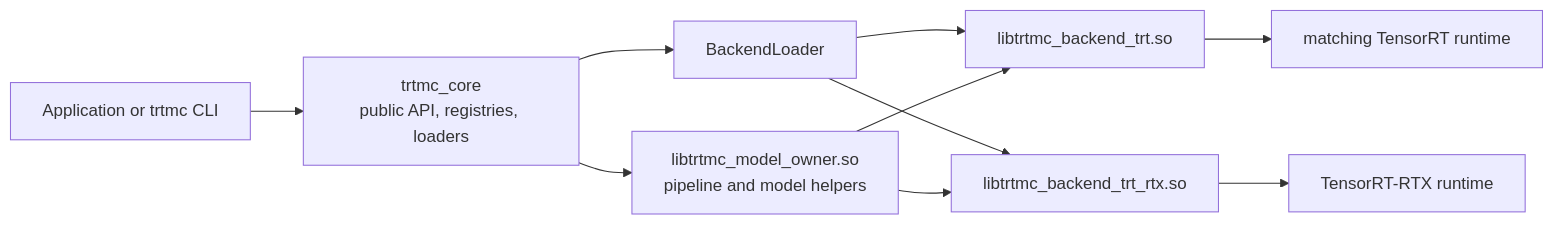
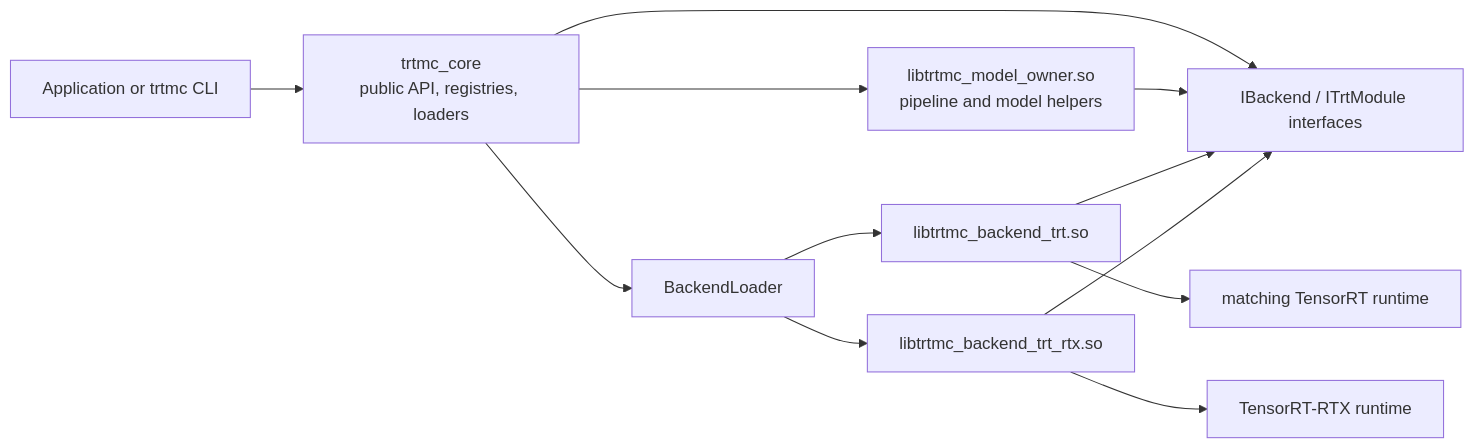
Before and after one commit to NVIDIA/TensorRT-Model-Connect: the second of 3 diagrams in website/docs/architecture/build-system.md, drawn with Mermaid. The commit also changed other lines of this file and 10 other files, not shown here.

````diff
--- a/website/docs/architecture/build-system.md
+++ b/website/docs/architecture/build-system.md
@@ -65,12 +65,14 @@
 ```mermaid
 flowchart LR
   App["Application or trtmc CLI"] --> Core["trtmc_core<br/>public API, registries, loaders"]
   Core --> ModelDSO["libtrtmc_model_owner.so<br/>pipeline and model helpers"]
   Core --> Loader["BackendLoader"]
   Loader --> TrtDso["libtrtmc_backend_trt.so"]
   Loader --> RtxDso["libtrtmc_backend_trt_rtx.so"]
+  Core --> BackendApi["IBackend / ITrtModule interfaces"]
+  ModelDSO --> BackendApi
+  TrtDso --> BackendApi
+  RtxDso --> BackendApi
   TrtDso --> LibNvinfer["matching TensorRT runtime"]
   RtxDso --> RtxRuntime["TensorRT-RTX runtime"]
-  ModelDSO --> TrtDso
-  ModelDSO --> RtxDso
 ```
````
